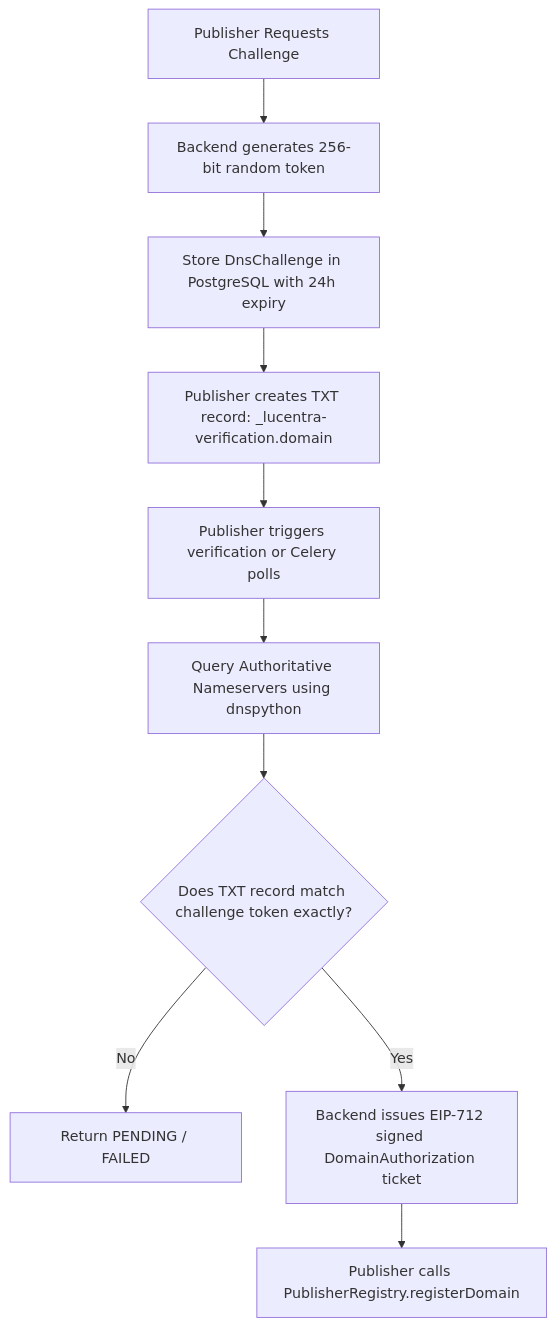
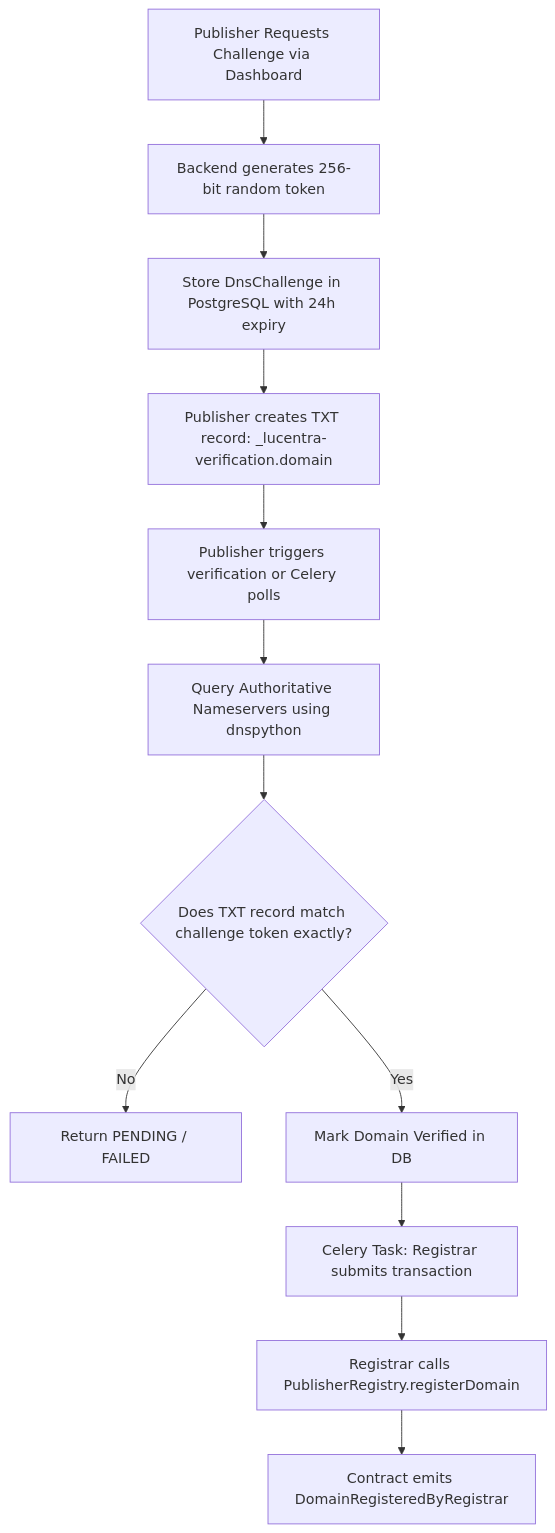
One commit to MustafaPinjari/LUCENTRA changed the diagram in docs/07-backend/DOMAIN_VERIFICATION.md. Above: the diagram before and after it, drawn with Mermaid. The commit also changed other lines of this file and 181 other files, not shown here.

````diff
--- a/docs/07-backend/DOMAIN_VERIFICATION.md
+++ b/docs/07-backend/DOMAIN_VERIFICATION.md
@@ -18,14 +18,16 @@
 ```mermaid
 flowchart TD
-    Req[Publisher Requests Challenge] --> GenToken[Backend generates 256-bit random token]
+    Req[Publisher Requests Challenge via Dashboard] --> GenToken[Backend generates 256-bit random token]
     GenToken --> SaveToken[Store DnsChallenge in PostgreSQL with 24h expiry]
     SaveToken --> PubDNS[Publisher creates TXT record: _lucentra-verification.domain]
     
     PubDNS --> TriggerVerify[Publisher triggers verification or Celery polls]
     TriggerVerify --> QueryNS[Query Authoritative Nameservers using dnspython]
     QueryNS --> CheckMatch{Does TXT record match challenge token exactly?}
     
     CheckMatch -- No --> RetFailed[Return PENDING / FAILED]
-    CheckMatch -- Yes --> IssueProof[Backend issues EIP-712 signed DomainAuthorization ticket]
-    IssueProof --> CallContract[Publisher calls PublisherRegistry.registerDomain]
+    CheckMatch -- Yes --> MarkVerified[Mark Domain Verified in DB]
+    MarkVerified --> DispatchRegistrar[Celery Task: Registrar submits transaction]
+    DispatchRegistrar --> CallContract[Registrar calls PublisherRegistry.registerDomain]
+    CallContract --> EmitEvent[Contract emits DomainRegisteredByRegistrar]
 ```
````
